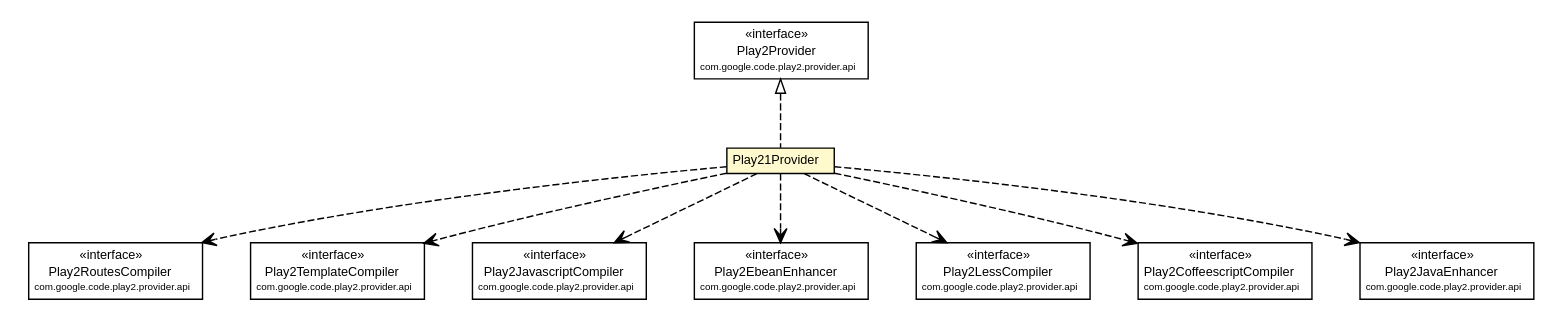
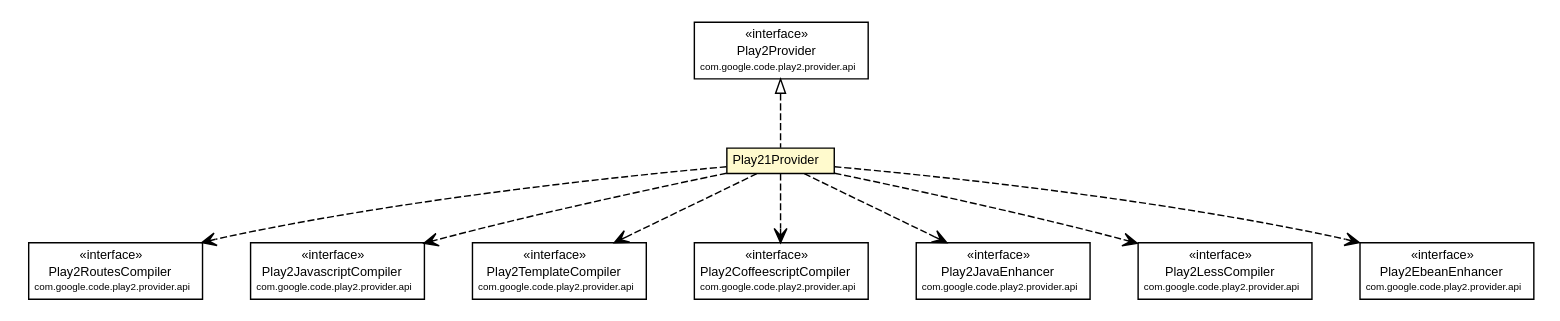
The diagram in mavensite/1.0.0-beta1/play2-providers/play2-provider-play21/apidocs/com/google/code/play2/provider/play21/Play21Provider.dot (wouterhardeman/play2-maven-plugin), drawn with Graphviz before and after one commit. The commit also changed 581 other files, not shown here.

```diff
--- a/mavensite/1.0.0-beta1/play2-providers/play2-provider-play21/apidocs/com/google/code/play2/provider/play21/Play21Provider.dot
+++ b/mavensite/1.0.0-beta1/play2-providers/play2-provider-play21/apidocs/com/google/code/play2/provider/play21/Play21Provider.dot
@@ -19,80 +19,80 @@
 	c181:p -> c172:p [dir=back,arrowtail=empty,style=dashed];
 	// com.google.code.play2.provider.play21.Play21Provider DEPEND com.google.code.play2.provider.api.Play2RoutesCompiler
 	c172:p -> c182:p [taillabel="", label="", headlabel="", fontname="arial", fontcolor="black", fontsize=10.0, color="black", arrowhead=open, style=dashed];
+	// com.google.code.play2.provider.play21.Play21Provider DEPEND com.google.code.play2.provider.api.Play2JavascriptCompiler
+	c172:p -> c183:p [taillabel="", label="", headlabel="", fontname="arial", fontcolor="black", fontsize=10.0, color="black", arrowhead=open, style=dashed];
 	// com.google.code.play2.provider.play21.Play21Provider DEPEND com.google.code.play2.provider.api.Play2TemplateCompiler
-	c172:p -> c183:p [taillabel="", label="", headlabel="", fontname="arial", fontcolor="black", fontsize=10.0, color="black", arrowhead=open, style=dashed];
-	// com.google.code.play2.provider.play21.Play21Provider DEPEND com.google.code.play2.provider.api.Play2JavascriptCompiler
 	c172:p -> c184:p [taillabel="", label="", headlabel="", fontname="arial", fontcolor="black", fontsize=10.0, color="black", arrowhead=open, style=dashed];
+	// com.google.code.play2.provider.play21.Play21Provider DEPEND com.google.code.play2.provider.api.Play2CoffeescriptCompiler
+	c172:p -> c185:p [taillabel="", label="", headlabel="", fontname="arial", fontcolor="black", fontsize=10.0, color="black", arrowhead=open, style=dashed];
+	// com.google.code.play2.provider.play21.Play21Provider DEPEND com.google.code.play2.provider.api.Play2JavaEnhancer
+	c172:p -> c186:p [taillabel="", label="", headlabel="", fontname="arial", fontcolor="black", fontsize=10.0, color="black", arrowhead=open, style=dashed];
+	// com.google.code.play2.provider.play21.Play21Provider DEPEND com.google.code.play2.provider.api.Play2LessCompiler
+	c172:p -> c187:p [taillabel="", label="", headlabel="", fontname="arial", fontcolor="black", fontsize=10.0, color="black", arrowhead=open, style=dashed];
 	// com.google.code.play2.provider.play21.Play21Provider DEPEND com.google.code.play2.provider.api.Play2EbeanEnhancer
-	c172:p -> c185:p [taillabel="", label="", headlabel="", fontname="arial", fontcolor="black", fontsize=10.0, color="black", arrowhead=open, style=dashed];
-	// com.google.code.play2.provider.play21.Play21Provider DEPEND com.google.code.play2.provider.api.Play2LessCompiler
-	c172:p -> c186:p [taillabel="", label="", headlabel="", fontname="arial", fontcolor="black", fontsize=10.0, color="black", arrowhead=open, style=dashed];
-	// com.google.code.play2.provider.play21.Play21Provider DEPEND com.google.code.play2.provider.api.Play2CoffeescriptCompiler
-	c172:p -> c187:p [taillabel="", label="", headlabel="", fontname="arial", fontcolor="black", fontsize=10.0, color="black", arrowhead=open, style=dashed];
-	// com.google.code.play2.provider.play21.Play21Provider DEPEND com.google.code.play2.provider.api.Play2JavaEnhancer
 	c172:p -> c188:p [taillabel="", label="", headlabel="", fontname="arial", fontcolor="black", fontsize=10.0, color="black", arrowhead=open, style=dashed];
+	// com.google.code.play2.provider.api.Play2LessCompiler
+	c187 [label=<<table title="com.google.code.play2.provider.api.Play2LessCompiler" border="0" cellborder="1" cellspacing="0" cellpadding="2" port="p" href="https://play2-maven-plugin.googlecode.com/svn/mavensite/1.0.0-beta1/play2-provider-api/apidocs/com/google/code/play2/provider/api/Play2LessCompiler.html">
+		<tr><td><table border="0" cellspacing="0" cellpadding="1">
+<tr><td align="center" balign="center"> &#171;interface&#187; </td></tr>
+<tr><td align="center" balign="center"> Play2LessCompiler </td></tr>
+<tr><td align="center" balign="center"><font point-size="7.0"> com.google.code.play2.provider.api </font></td></tr>
+		</table></td></tr>
+		</table>>, URL="https://play2-maven-plugin.googlecode.com/svn/mavensite/1.0.0-beta1/play2-provider-api/apidocs/com/google/code/play2/provider/api/Play2LessCompiler.html", fontname="arial", fontcolor="black", fontsize=9.0];
 	// com.google.code.play2.provider.api.Play2EbeanEnhancer
-	c185 [label=<<table title="com.google.code.play2.provider.api.Play2EbeanEnhancer" border="0" cellborder="1" cellspacing="0" cellpadding="2" port="p" href="https://play2-maven-plugin.googlecode.com/svn/mavensite/1.0.0-beta1-SNAPSHOT/play2-provider-api/apidocs/com/google/code/play2/provider/api/Play2EbeanEnhancer.html">
+	c188 [label=<<table title="com.google.code.play2.provider.api.Play2EbeanEnhancer" border="0" cellborder="1" cellspacing="0" cellpadding="2" port="p" href="https://play2-maven-plugin.googlecode.com/svn/mavensite/1.0.0-beta1/play2-provider-api/apidocs/com/google/code/play2/provider/api/Play2EbeanEnhancer.html">
 		<tr><td><table border="0" cellspacing="0" cellpadding="1">
 <tr><td align="center" balign="center"> &#171;interface&#187; </td></tr>
 <tr><td align="center" balign="center"> Play2EbeanEnhancer </td></tr>
 <tr><td align="center" balign="center"><font point-size="7.0"> com.google.code.play2.provider.api </font></td></tr>
 		</table></td></tr>
-		</table>>, URL="https://play2-maven-plugin.googlecode.com/svn/mavensite/1.0.0-beta1-SNAPSHOT/play2-provider-api/apidocs/com/google/code/play2/provider/api/Play2EbeanEnhancer.html", fontname="arial", fontcolor="black", fontsize=9.0];
-	// com.google.code.play2.provider.api.Play2LessCompiler
-	c186 [label=<<table title="com.google.code.play2.provider.api.Play2LessCompiler" border="0" cellborder="1" cellspacing="0" cellpadding="2" port="p" href="https://play2-maven-plugin.googlecode.com/svn/mavensite/1.0.0-beta1-SNAPSHOT/play2-provider-api/apidocs/com/google/code/play2/provider/api/Play2LessCompiler.html">
-		<tr><td><table border="0" cellspacing="0" cellpadding="1">
-<tr><td align="center" balign="center"> &#171;interface&#187; </td></tr>
-<tr><td align="center" balign="center"> Play2LessCompiler </td></tr>
-<tr><td align="center" balign="center"><font point-size="7.0"> com.google.code.play2.provider.api </font></td></tr>
-		</table></td></tr>
-		</table>>, URL="https://play2-maven-plugin.googlecode.com/svn/mavensite/1.0.0-beta1-SNAPSHOT/play2-provider-api/apidocs/com/google/code/play2/provider/api/Play2LessCompiler.html", fontname="arial", fontcolor="black", fontsize=9.0];
+		</table>>, URL="https://play2-maven-plugin.googlecode.com/svn/mavensite/1.0.0-beta1/play2-provider-api/apidocs/com/google/code/play2/provider/api/Play2EbeanEnhancer.html", fontname="arial", fontcolor="black", fontsize=9.0];
 	// com.google.code.play2.provider.api.Play2CoffeescriptCompiler
-	c187 [label=<<table title="com.google.code.play2.provider.api.Play2CoffeescriptCompiler" border="0" cellborder="1" cellspacing="0" cellpadding="2" port="p" href="https://play2-maven-plugin.googlecode.com/svn/mavensite/1.0.0-beta1-SNAPSHOT/play2-provider-api/apidocs/com/google/code/play2/provider/api/Play2CoffeescriptCompiler.html">
+	c185 [label=<<table title="com.google.code.play2.provider.api.Play2CoffeescriptCompiler" border="0" cellborder="1" cellspacing="0" cellpadding="2" port="p" href="https://play2-maven-plugin.googlecode.com/svn/mavensite/1.0.0-beta1/play2-provider-api/apidocs/com/google/code/play2/provider/api/Play2CoffeescriptCompiler.html">
 		<tr><td><table border="0" cellspacing="0" cellpadding="1">
 <tr><td align="center" balign="center"> &#171;interface&#187; </td></tr>
 <tr><td align="center" balign="center"> Play2CoffeescriptCompiler </td></tr>
 <tr><td align="center" balign="center"><font point-size="7.0"> com.google.code.play2.provider.api </font></td></tr>
 		</table></td></tr>
-		</table>>, URL="https://play2-maven-plugin.googlecode.com/svn/mavensite/1.0.0-beta1-SNAPSHOT/play2-provider-api/apidocs/com/google/code/play2/provider/api/Play2CoffeescriptCompiler.html", fontname="arial", fontcolor="black", fontsize=9.0];
+		</table>>, URL="https://play2-maven-plugin.googlecode.com/svn/mavensite/1.0.0-beta1/play2-provider-api/apidocs/com/google/code/play2/provider/api/Play2CoffeescriptCompiler.html", fontname="arial", fontcolor="black", fontsize=9.0];
 	// com.google.code.play2.provider.api.Play2JavaEnhancer
-	c188 [label=<<table title="com.google.code.play2.provider.api.Play2JavaEnhancer" border="0" cellborder="1" cellspacing="0" cellpadding="2" port="p" href="https://play2-maven-plugin.googlecode.com/svn/mavensite/1.0.0-beta1-SNAPSHOT/play2-provider-api/apidocs/com/google/code/play2/provider/api/Play2JavaEnhancer.html">
+	c186 [label=<<table title="com.google.code.play2.provider.api.Play2JavaEnhancer" border="0" cellborder="1" cellspacing="0" cellpadding="2" port="p" href="https://play2-maven-plugin.googlecode.com/svn/mavensite/1.0.0-beta1/play2-provider-api/apidocs/com/google/code/play2/provider/api/Play2JavaEnhancer.html">
 		<tr><td><table border="0" cellspacing="0" cellpadding="1">
 <tr><td align="center" balign="center"> &#171;interface&#187; </td></tr>
 <tr><td align="center" balign="center"> Play2JavaEnhancer </td></tr>
 <tr><td align="center" balign="center"><font point-size="7.0"> com.google.code.play2.provider.api </font></td></tr>
 		</table></td></tr>
-		</table>>, URL="https://play2-maven-plugin.googlecode.com/svn/mavensite/1.0.0-beta1-SNAPSHOT/play2-provider-api/apidocs/com/google/code/play2/provider/api/Play2JavaEnhancer.html", fontname="arial", fontcolor="black", fontsize=9.0];
+		</table>>, URL="https://play2-maven-plugin.googlecode.com/svn/mavensite/1.0.0-beta1/play2-provider-api/apidocs/com/google/code/play2/provider/api/Play2JavaEnhancer.html", fontname="arial", fontcolor="black", fontsize=9.0];
 	// com.google.code.play2.provider.api.Play2RoutesCompiler
-	c182 [label=<<table title="com.google.code.play2.provider.api.Play2RoutesCompiler" border="0" cellborder="1" cellspacing="0" cellpadding="2" port="p" href="https://play2-maven-plugin.googlecode.com/svn/mavensite/1.0.0-beta1-SNAPSHOT/play2-provider-api/apidocs/com/google/code/play2/provider/api/Play2RoutesCompiler.html">
+	c182 [label=<<table title="com.google.code.play2.provider.api.Play2RoutesCompiler" border="0" cellborder="1" cellspacing="0" cellpadding="2" port="p" href="https://play2-maven-plugin.googlecode.com/svn/mavensite/1.0.0-beta1/play2-provider-api/apidocs/com/google/code/play2/provider/api/Play2RoutesCompiler.html">
 		<tr><td><table border="0" cellspacing="0" cellpadding="1">
 <tr><td align="center" balign="center"> &#171;interface&#187; </td></tr>
 <tr><td align="center" balign="center"> Play2RoutesCompiler </td></tr>
 <tr><td align="center" balign="center"><font point-size="7.0"> com.google.code.play2.provider.api </font></td></tr>
 		</table></td></tr>
-		</table>>, URL="https://play2-maven-plugin.googlecode.com/svn/mavensite/1.0.0-beta1-SNAPSHOT/play2-provider-api/apidocs/com/google/code/play2/provider/api/Play2RoutesCompiler.html", fontname="arial", fontcolor="black", fontsize=9.0];
+		</table>>, URL="https://play2-maven-plugin.googlecode.com/svn/mavensite/1.0.0-beta1/play2-provider-api/apidocs/com/google/code/play2/provider/api/Play2RoutesCompiler.html", fontname="arial", fontcolor="black", fontsize=9.0];
 	// com.google.code.play2.provider.api.Play2JavascriptCompiler
-	c184 [label=<<table title="com.google.code.play2.provider.api.Play2JavascriptCompiler" border="0" cellborder="1" cellspacing="0" cellpadding="2" port="p" href="https://play2-maven-plugin.googlecode.com/svn/mavensite/1.0.0-beta1-SNAPSHOT/play2-provider-api/apidocs/com/google/code/play2/provider/api/Play2JavascriptCompiler.html">
+	c183 [label=<<table title="com.google.code.play2.provider.api.Play2JavascriptCompiler" border="0" cellborder="1" cellspacing="0" cellpadding="2" port="p" href="https://play2-maven-plugin.googlecode.com/svn/mavensite/1.0.0-beta1/play2-provider-api/apidocs/com/google/code/play2/provider/api/Play2JavascriptCompiler.html">
 		<tr><td><table border="0" cellspacing="0" cellpadding="1">
 <tr><td align="center" balign="center"> &#171;interface&#187; </td></tr>
 <tr><td align="center" balign="center"> Play2JavascriptCompiler </td></tr>
 <tr><td align="center" balign="center"><font point-size="7.0"> com.google.code.play2.provider.api </font></td></tr>
 		</table></td></tr>
-		</table>>, URL="https://play2-maven-plugin.googlecode.com/svn/mavensite/1.0.0-beta1-SNAPSHOT/play2-provider-api/apidocs/com/google/code/play2/provider/api/Play2JavascriptCompiler.html", fontname="arial", fontcolor="black", fontsize=9.0];
+		</table>>, URL="https://play2-maven-plugin.googlecode.com/svn/mavensite/1.0.0-beta1/play2-provider-api/apidocs/com/google/code/play2/provider/api/Play2JavascriptCompiler.html", fontname="arial", fontcolor="black", fontsize=9.0];
 	// com.google.code.play2.provider.api.Play2Provider
-	c181 [label=<<table title="com.google.code.play2.provider.api.Play2Provider" border="0" cellborder="1" cellspacing="0" cellpadding="2" port="p" href="https://play2-maven-plugin.googlecode.com/svn/mavensite/1.0.0-beta1-SNAPSHOT/play2-provider-api/apidocs/com/google/code/play2/provider/api/Play2Provider.html">
+	c181 [label=<<table title="com.google.code.play2.provider.api.Play2Provider" border="0" cellborder="1" cellspacing="0" cellpadding="2" port="p" href="https://play2-maven-plugin.googlecode.com/svn/mavensite/1.0.0-beta1/play2-provider-api/apidocs/com/google/code/play2/provider/api/Play2Provider.html">
 		<tr><td><table border="0" cellspacing="0" cellpadding="1">
 <tr><td align="center" balign="center"> &#171;interface&#187; </td></tr>
 <tr><td align="center" balign="center"> Play2Provider </td></tr>
 <tr><td align="center" balign="center"><font point-size="7.0"> com.google.code.play2.provider.api </font></td></tr>
 		</table></td></tr>
-		</table>>, URL="https://play2-maven-plugin.googlecode.com/svn/mavensite/1.0.0-beta1-SNAPSHOT/play2-provider-api/apidocs/com/google/code/play2/provider/api/Play2Provider.html", fontname="arial", fontcolor="black", fontsize=9.0];
+		</table>>, URL="https://play2-maven-plugin.googlecode.com/svn/mavensite/1.0.0-beta1/play2-provider-api/apidocs/com/google/code/play2/provider/api/Play2Provider.html", fontname="arial", fontcolor="black", fontsize=9.0];
 	// com.google.code.play2.provider.api.Play2TemplateCompiler
-	c183 [label=<<table title="com.google.code.play2.provider.api.Play2TemplateCompiler" border="0" cellborder="1" cellspacing="0" cellpadding="2" port="p" href="https://play2-maven-plugin.googlecode.com/svn/mavensite/1.0.0-beta1-SNAPSHOT/play2-provider-api/apidocs/com/google/code/play2/provider/api/Play2TemplateCompiler.html">
+	c184 [label=<<table title="com.google.code.play2.provider.api.Play2TemplateCompiler" border="0" cellborder="1" cellspacing="0" cellpadding="2" port="p" href="https://play2-maven-plugin.googlecode.com/svn/mavensite/1.0.0-beta1/play2-provider-api/apidocs/com/google/code/play2/provider/api/Play2TemplateCompiler.html">
 		<tr><td><table border="0" cellspacing="0" cellpadding="1">
 <tr><td align="center" balign="center"> &#171;interface&#187; </td></tr>
 <tr><td align="center" balign="center"> Play2TemplateCompiler </td></tr>
 <tr><td align="center" balign="center"><font point-size="7.0"> com.google.code.play2.provider.api </font></td></tr>
 		</table></td></tr>
-		</table>>, URL="https://play2-maven-plugin.googlecode.com/svn/mavensite/1.0.0-beta1-SNAPSHOT/play2-provider-api/apidocs/com/google/code/play2/provider/api/Play2TemplateCompiler.html", fontname="arial", fontcolor="black", fontsize=9.0];
+		</table>>, URL="https://play2-maven-plugin.googlecode.com/svn/mavensite/1.0.0-beta1/play2-provider-api/apidocs/com/google/code/play2/provider/api/Play2TemplateCompiler.html", fontname="arial", fontcolor="black", fontsize=9.0];
 }
```
